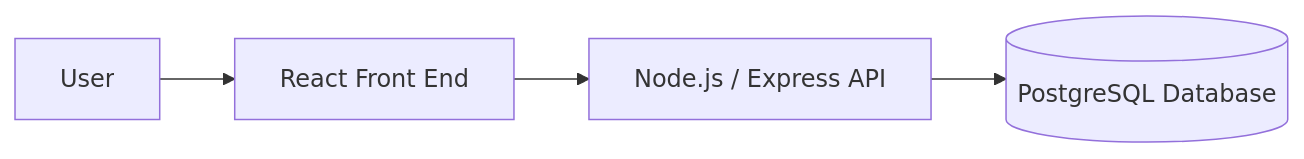
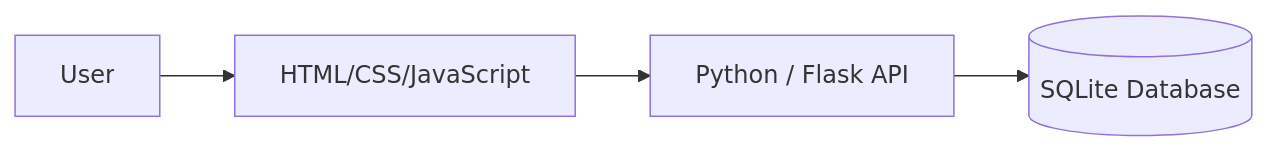
The diagram in README.md (onleetosh/aim), drawn with Mermaid before and after one commit. The commit also changed other lines of this file and 6 other files, not shown here.

Commit message:
Build Flask SQLite MVP

````diff
--- a/README.md
+++ b/README.md
@@ -145,7 +145,7 @@
 ```mermaid
 flowchart LR
     U["User"] --> FE["React Front End"]
-    FE --> API["Node.js / Express API"]
-    API --> DB[("PostgreSQL Database")]
+    FE["HTML/CSS/JavaScript"] --> API["Python / Flask API"]
+    API --> DB[("SQLite Database")]
 
 ```
````
